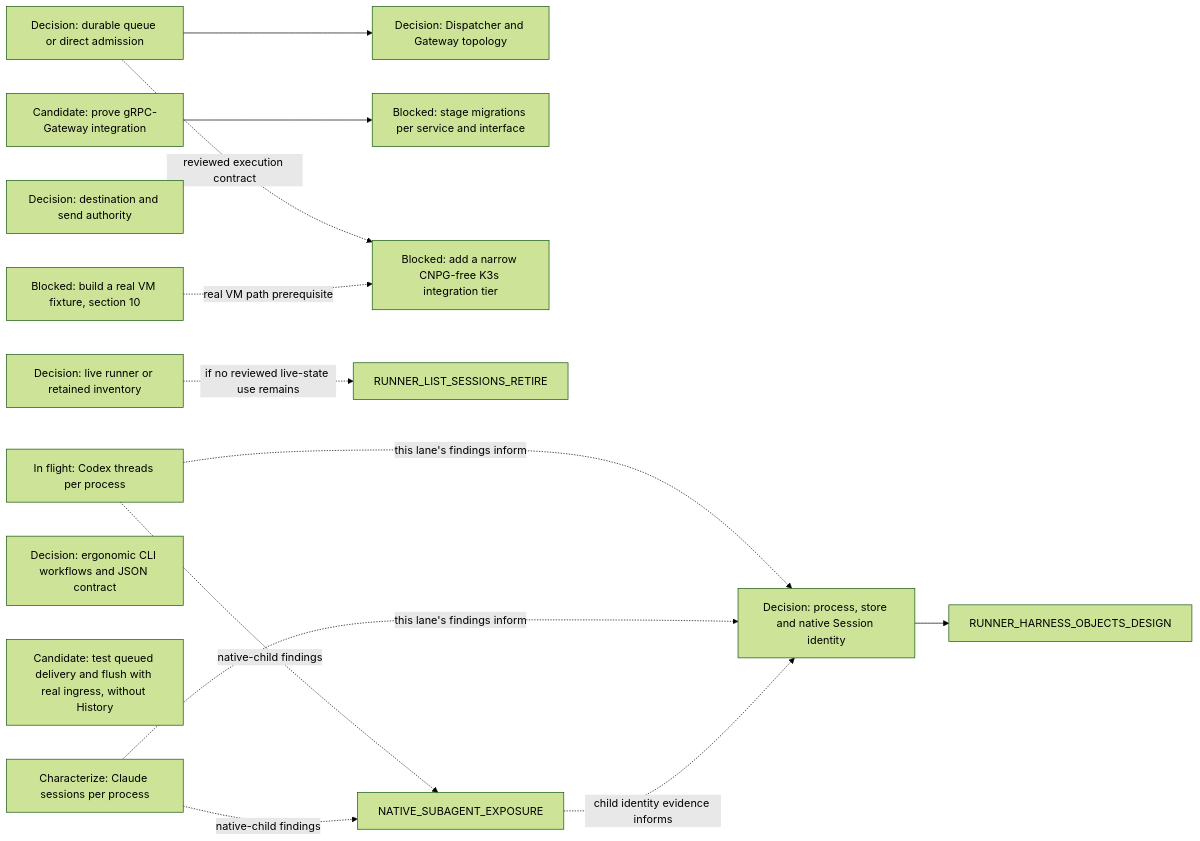
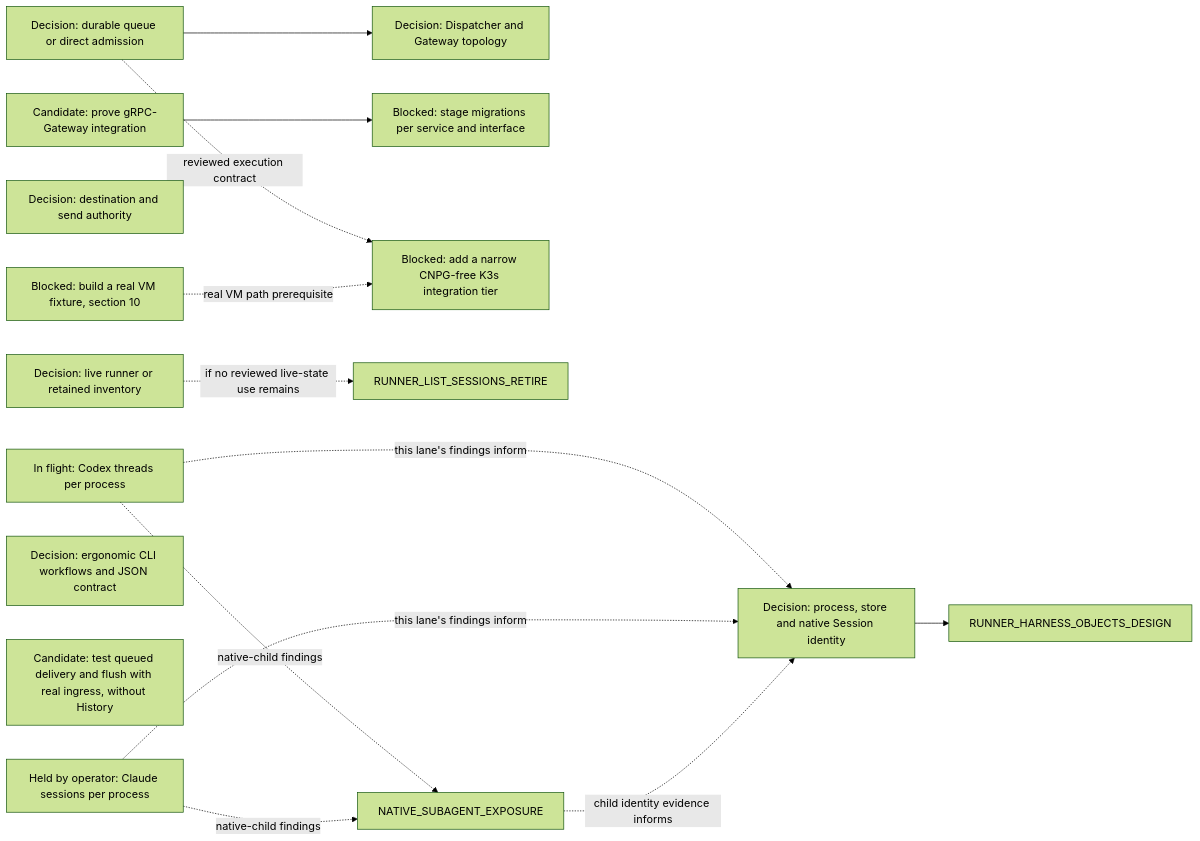
One commit to agentydragon/ducktape changed diagram 17 of 17 in agentplane/plans/task_dag.md. Above: the diagram before and after it, drawn with Mermaid (forest theme). The commit also changed other lines of this file and 1 other file, not shown here.

Commit message:
Hold harness multiplexing investigations

````diff
--- a/agentplane/plans/task_dag.md
+++ b/agentplane/plans/task_dag.md
@@ -1499,27 +1499,27 @@
 ```mermaid
 flowchart LR
     DISPATCHER_PERSISTENCE_MODEL_DESIGN[Decision: durable queue or direct admission]
     DISPATCHER_GATEWAY_TOPOLOGY_DESIGN[Decision: Dispatcher and Gateway topology]
     RUNNER_INVENTORY_AUTHORITY_DESIGN[Decision: live runner or retained inventory]
     DELIVERY_DESTINATION_AUTHORITY_DESIGN[Decision: destination and send authority]
     CODEX_APP_SERVER_MULTIPLEXING[In flight: Codex threads per process]
-    CLAUDE_STREAM_SESSION_MULTIPLEXING[Characterize: Claude sessions per process]
+    CLAUDE_STREAM_SESSION_MULTIPLEXING[Held by operator: Claude sessions per process]
     HARNESS_IDENTITY_DESIGN[Decision: process, store and native Session identity]
     HTTP_JSON_FACADE_TOOLING_SPIKE[Candidate: prove gRPC-Gateway integration]
     SERVICE_API_TRANSPORT_MIGRATIONS[Blocked: stage migrations per service and interface]
     AGENT_API_TOOLING_DESIGN[Decision: ergonomic CLI workflows and JSON contract]
     RUNNER_DELIVERY_INGRESS_ACCEPTANCE[Candidate: test queued delivery and flush with real ingress, without History]
     CNPG_FREE_K3S_INTEGRATION_TIER[Blocked: add a narrow CNPG-free K3s integration tier]
     K3S_VM_IMAGE[Blocked: build a real VM fixture, section 10]
     DISPATCHER_PERSISTENCE_MODEL_DESIGN --> DISPATCHER_GATEWAY_TOPOLOGY_DESIGN
     RUNNER_INVENTORY_AUTHORITY_DESIGN -. if no reviewed live-state use remains .-> RUNNER_LIST_SESSIONS_RETIRE
     CODEX_APP_SERVER_MULTIPLEXING -. this lane's findings inform .-> HARNESS_IDENTITY_DESIGN
     CLAUDE_STREAM_SESSION_MULTIPLEXING -. this lane's findings inform .-> HARNESS_IDENTITY_DESIGN
     CODEX_APP_SERVER_MULTIPLEXING -. native-child findings .-> NATIVE_SUBAGENT_EXPOSURE
     CLAUDE_STREAM_SESSION_MULTIPLEXING -. native-child findings .-> NATIVE_SUBAGENT_EXPOSURE
     NATIVE_SUBAGENT_EXPOSURE -. child identity evidence informs .-> HARNESS_IDENTITY_DESIGN
     HARNESS_IDENTITY_DESIGN --> RUNNER_HARNESS_OBJECTS_DESIGN
     HTTP_JSON_FACADE_TOOLING_SPIKE --> SERVICE_API_TRANSPORT_MIGRATIONS
     DISPATCHER_PERSISTENCE_MODEL_DESIGN -. reviewed execution contract .-> CNPG_FREE_K3S_INTEGRATION_TIER
     K3S_VM_IMAGE -. real VM path prerequisite .-> CNPG_FREE_K3S_INTEGRATION_TIER
 ```
````
